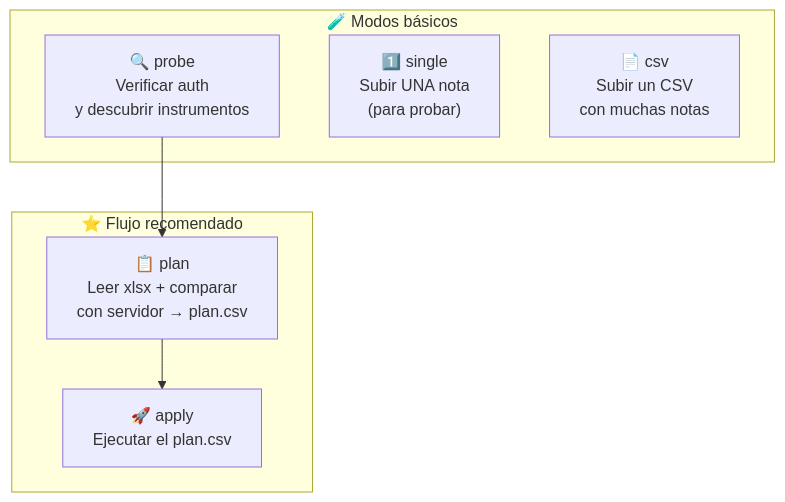
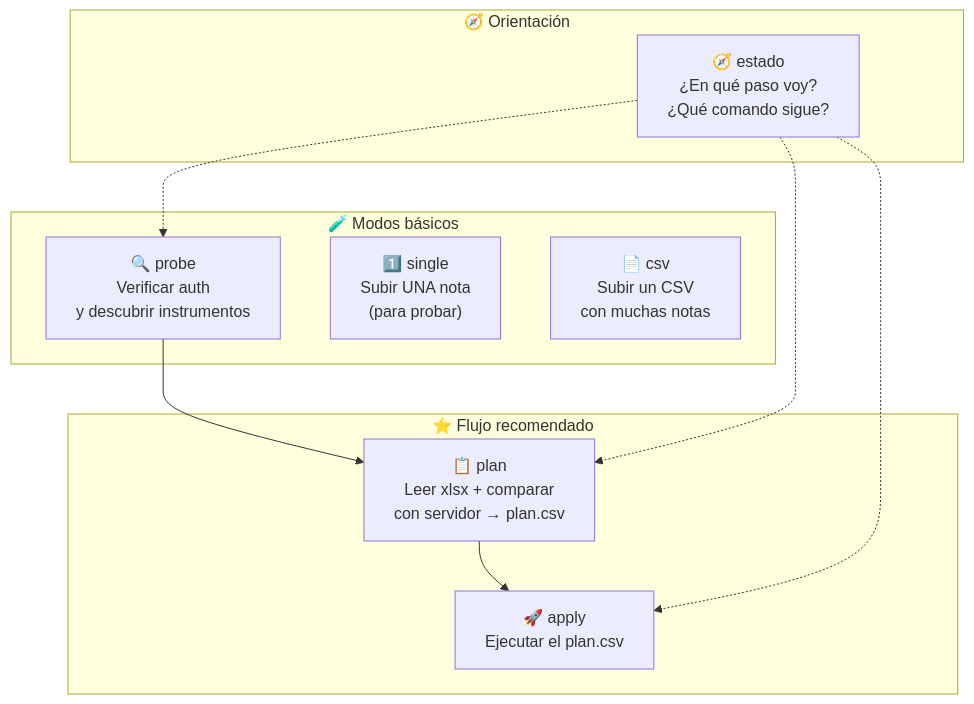
One commit to chhdeza/grade-uploader changed the third of 5 diagrams in README.md. Above: the diagram before and after it, drawn with Mermaid. The commit also changed other lines of this file and 1 other file, not shown here.

````diff
--- a/README.md
+++ b/README.md
@@ -306,16 +313,23 @@
 ```mermaid
 flowchart TB
+    subgraph ayuda ["🧭 Orientación"]
+        estado["🧭 estado\n¿En qué paso voy?\n¿Qué comando sigue?"]
+    end
+
     subgraph basicos ["🧪 Modos básicos"]
         probe["🔍 probe\nVerificar auth\ny descubrir instrumentos"]
         single["1️⃣ single\nSubir UNA nota\n(para probar)"]
         csvMode["📄 csv\nSubir un CSV\ncon muchas notas"]
     end
 
     subgraph recomendado ["⭐ Flujo recomendado"]
         plan["📋 plan\nLeer xlsx + comparar\ncon servidor → plan.csv"]
         apply["🚀 apply\nEjecutar el plan.csv"]
     end
 
     probe --> plan
     plan --> apply
+    estado -.-> probe
+    estado -.-> plan
+    estado -.-> apply
 ```
````
